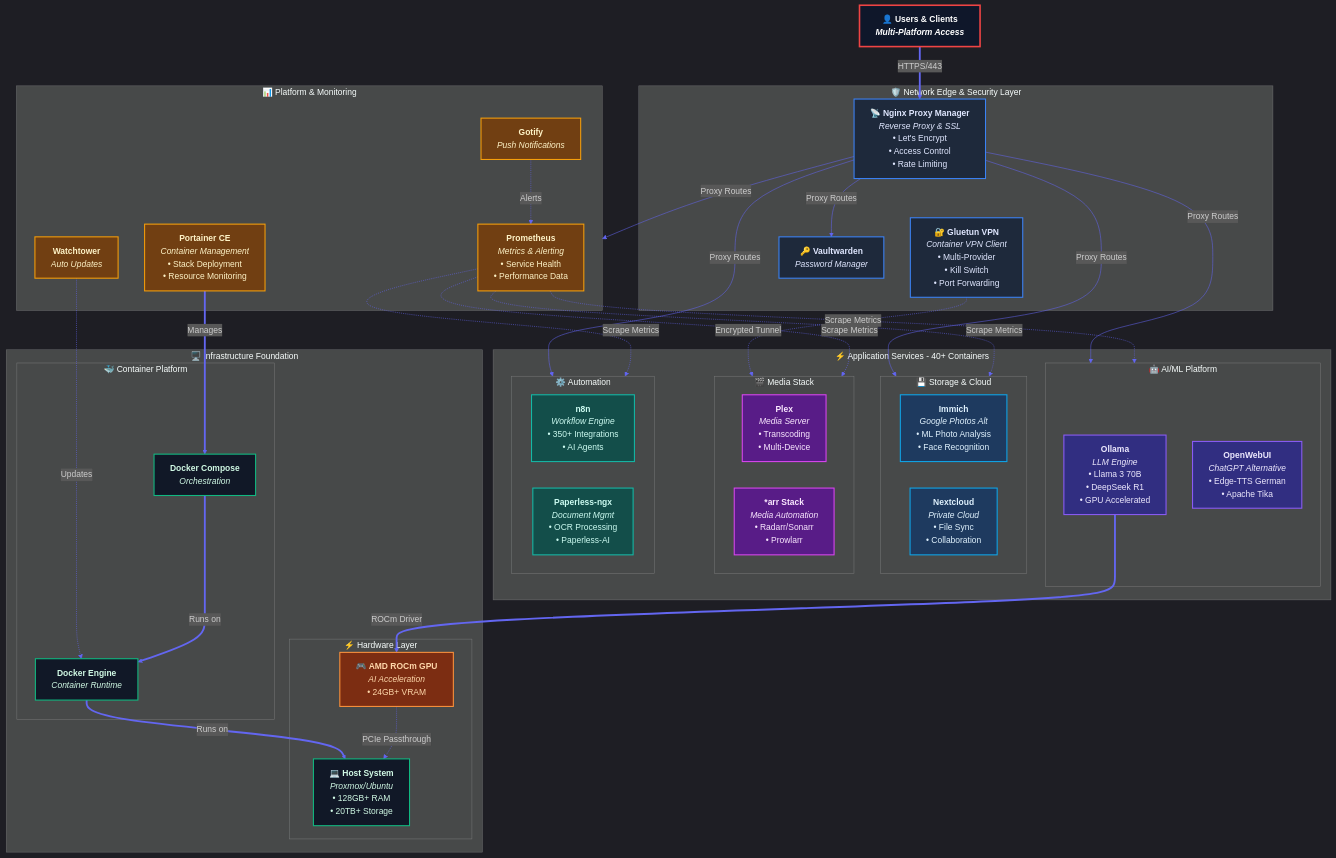
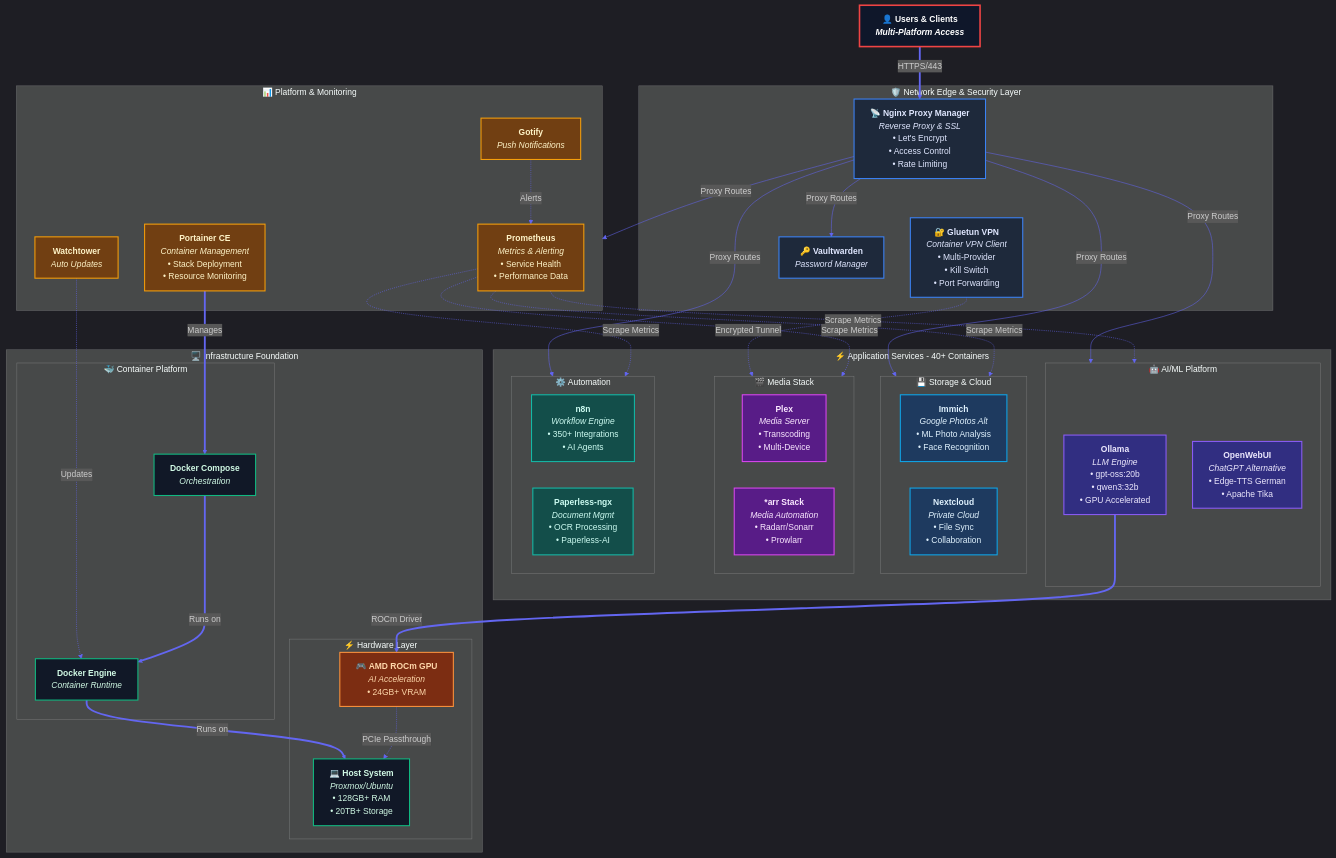
Before and after one commit to psimaker/homelab: the first of 2 diagrams in README.md, drawn with Mermaid. The commit also changed other lines of this file, not shown here.

```diff
--- a/README.md
+++ b/README.md
@@ -25,7 +25,7 @@
 
     subgraph SERVICES["⚡ Application Services - 40+ Containers"]
         subgraph AI["🤖 AI/ML Platform"]
-            OLLAMA["<b>Ollama</b><br/><i>LLM Engine</i><br/>• Llama 3 70B<br/>• DeepSeek R1<br/>• GPU Accelerated"]
+            OLLAMA["<b>Ollama</b><br/><i>LLM Engine</i><br/>• gpt-oss:20b<br/>• qwen3:32b<br/>• GPU Accelerated"]
             OPENWEBUI["<b>OpenWebUI</b><br/><i>ChatGPT Alternative</i><br/>• Edge-TTS German<br/>• Apache Tika"]
         end
 
```
